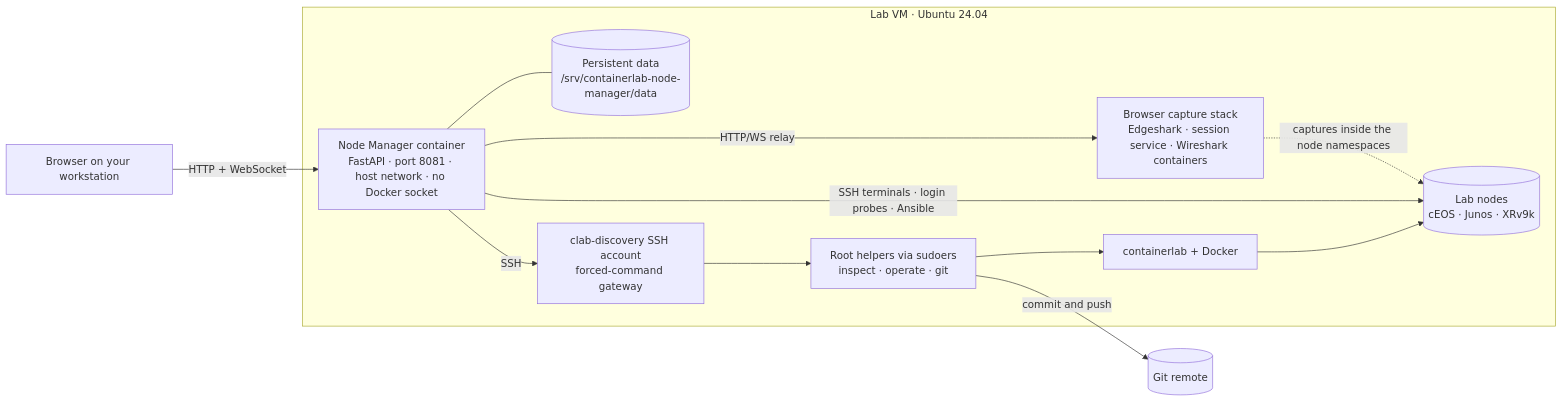
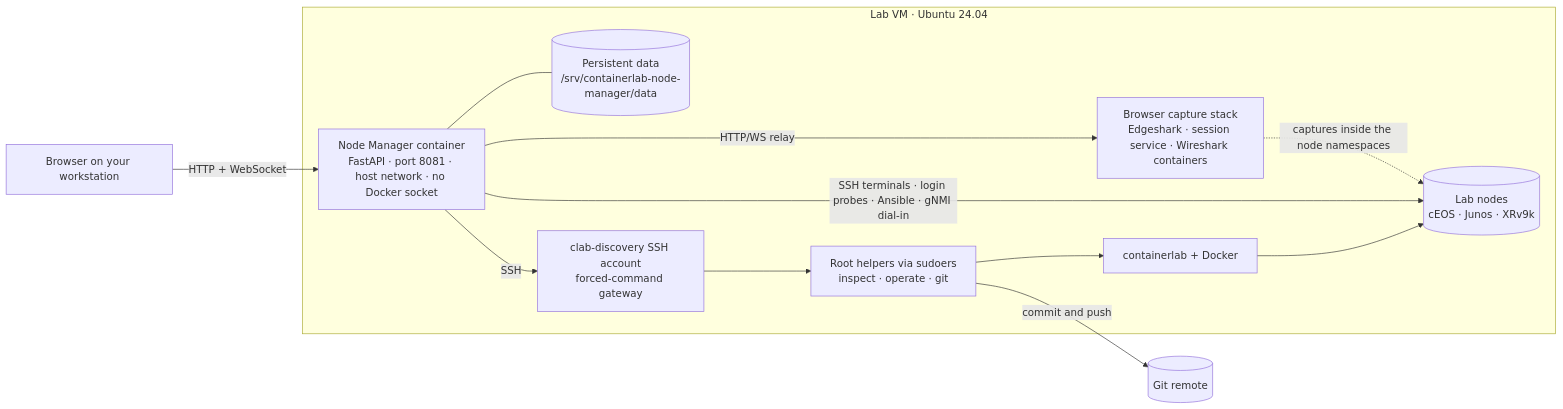
The diagram in README.md (ArchRuger/CLAB-BACKUP-WORKER-v2), drawn with Mermaid before and after one commit. The commit also changed other lines of this file and 61 other files, not shown here.

````diff
--- a/README.md
+++ b/README.md
@@ -93,21 +98,21 @@
 ```mermaid
 flowchart LR
     B["Browser on your workstation"]
     subgraph VM["Lab VM · Ubuntu 24.04"]
         M["Node Manager container<br/>FastAPI · port 8081 · host network · no Docker socket"]
         D[("Persistent data<br/>/srv/containerlab-node-manager/data")]
         G["clab-discovery SSH account<br/>forced-command gateway"]
         H["Root helpers via sudoers<br/>inspect · operate · git"]
         C["containerlab + Docker"]
         N[("Lab nodes<br/>cEOS · Junos · XRv9k")]
         W["Browser capture stack<br/>Edgeshark · session service · Wireshark containers"]
     end
     R[("Git remote")]
     B -- "HTTP + WebSocket" --> M
     M --- D
     M -- "SSH" --> G --> H --> C --> N
-    M -- "SSH terminals · login probes · Ansible" --> N
+    M -- "SSH terminals · login probes · Ansible · gNMI dial-in" --> N
     M -- "HTTP/WS relay" --> W
     W -. "captures inside the node namespaces" .-> N
     H -- "commit and push" --> R
 ```
````
